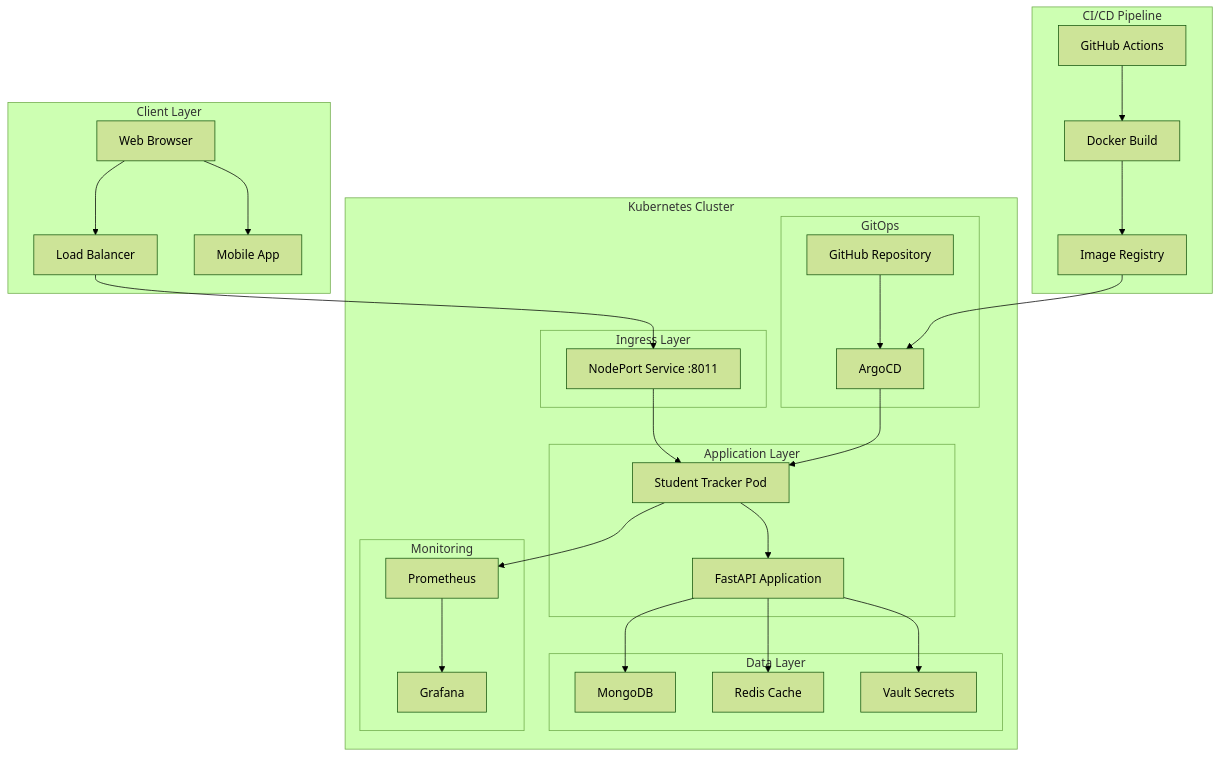
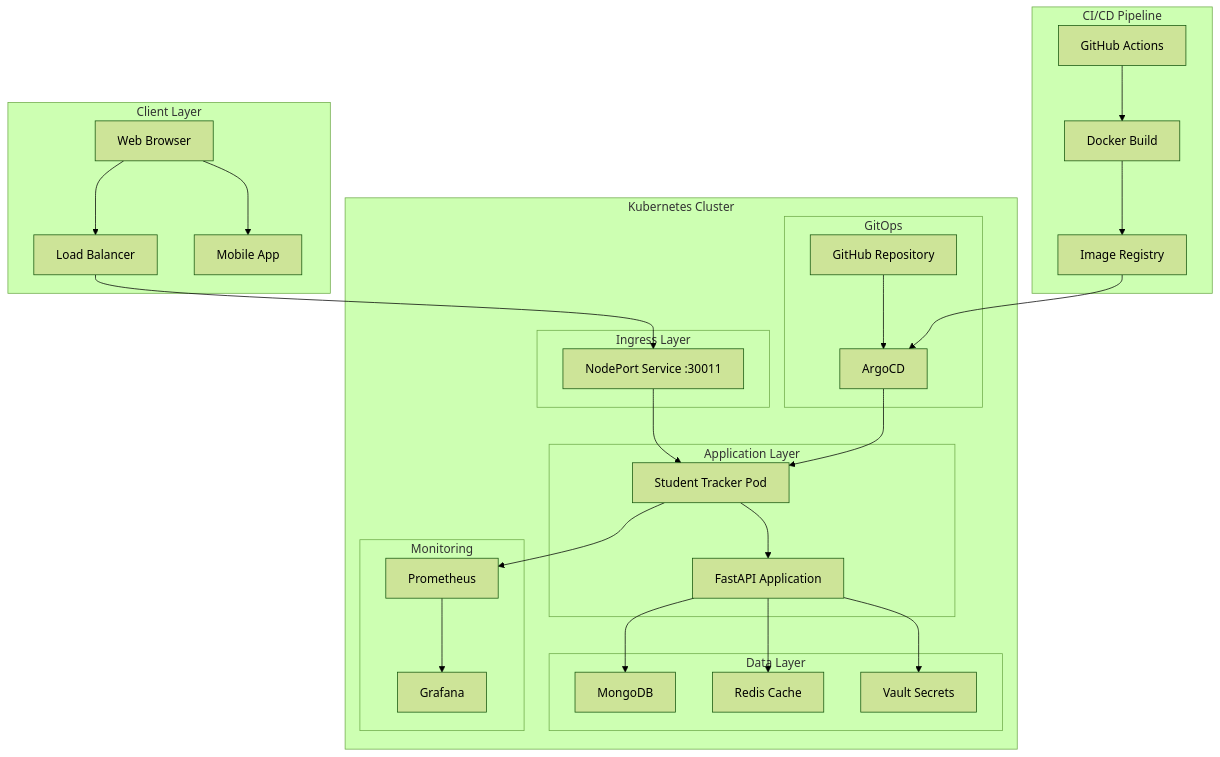
The first of 3 diagrams in README.md (bonaventuresimeon/NativeSeries), drawn with Mermaid (forest theme) before and after one commit. The commit also changed other lines of this file and 7 other files, not shown here.

````diff
--- a/README.md
+++ b/README.md
@@ -65,40 +65,40 @@
 ```mermaid
 graph TB
     subgraph "Client Layer"
         A[Web Browser] --> B[Load Balancer]
         A --> C[Mobile App]
     end
     
     subgraph "Kubernetes Cluster"
         subgraph "Ingress Layer"
-            B --> D[NodePort Service :8011]
+            B --> D[NodePort Service :30011]
         end
         
         subgraph "Application Layer"
             D --> E[Student Tracker Pod]
             E --> F[FastAPI Application]
         end
         
         subgraph "Data Layer"
             F --> G[MongoDB]
             F --> H[Redis Cache]
             F --> I[Vault Secrets]
         end
         
         subgraph "Monitoring"
             E --> J[Prometheus]
             J --> K[Grafana]
         end
         
         subgraph "GitOps"
             L[GitHub Repository] --> M[ArgoCD]
             M --> E
         end
     end
     
     subgraph "CI/CD Pipeline"
         N[GitHub Actions] --> O[Docker Build]
         O --> P[Image Registry]
         P --> M
     end
 ```
````
